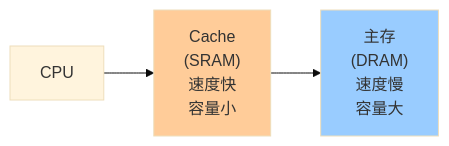
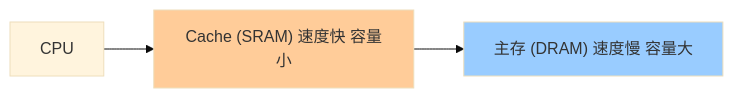
Before and after one commit to gilismael826-lgtm/course: the first of 6 diagrams in 计算机组成原理/notes/章节笔记/第3章-存储系统/第3章-3.6-高速缓冲存储器.md, drawn with Mermaid (base theme). The commit also changed other lines of this file and 28 other files, not shown here.

````diff
--- a/计算机组成原理/notes/章节笔记/第3章-存储系统/第3章-3.6-高速缓冲存储器.md
+++ b/计算机组成原理/notes/章节笔记/第3章-存储系统/第3章-3.6-高速缓冲存储器.md
@@ -32,8 +32,8 @@
 ```mermaid
 flowchart LR
-    CPU["CPU"] --> Cache["Cache<br/>(SRAM)<br/>速度快<br/>容量小"]
-    Cache --> Main["主存<br/>(DRAM)<br/>速度慢<br/>容量大"]
+    CPU["CPU"] --> Cache["Cache (SRAM) 速度快 容量小"]
+    Cache --> Main["主存 (DRAM) 速度慢 容量大"]
     
     style Cache fill:#ffcc99
     style Main fill:#99ccff
 ```
````
